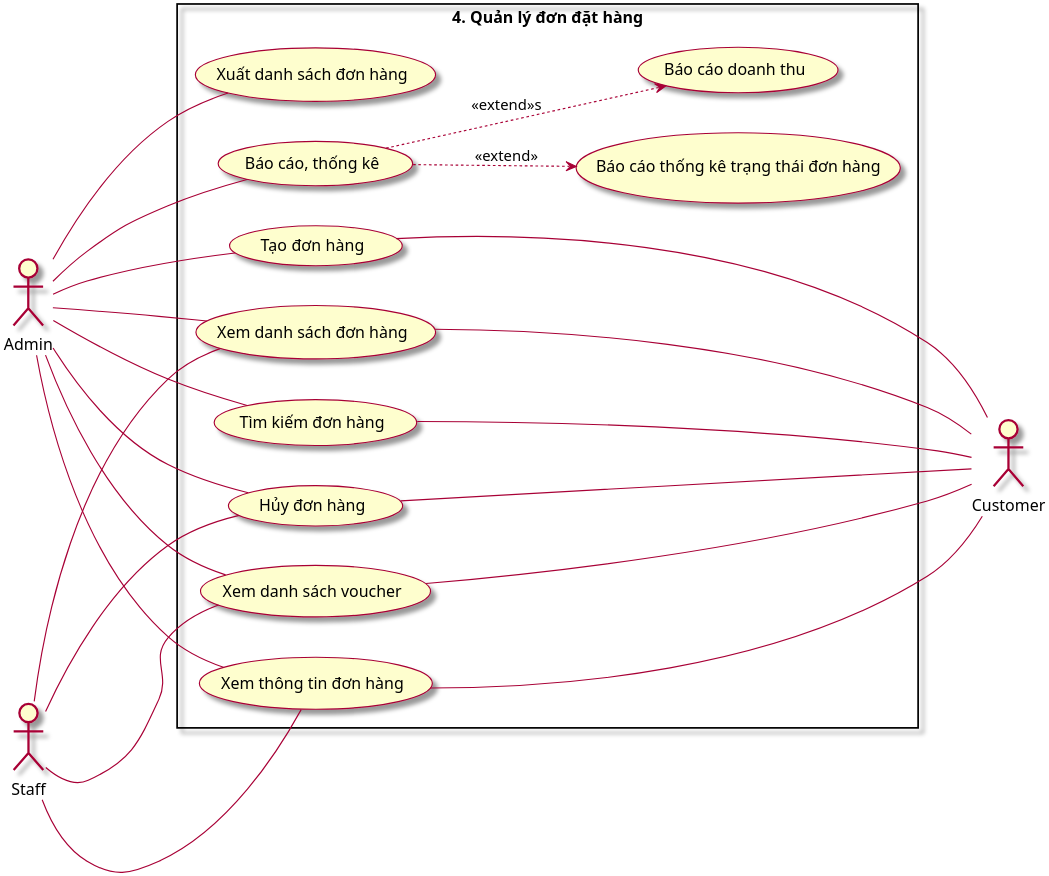
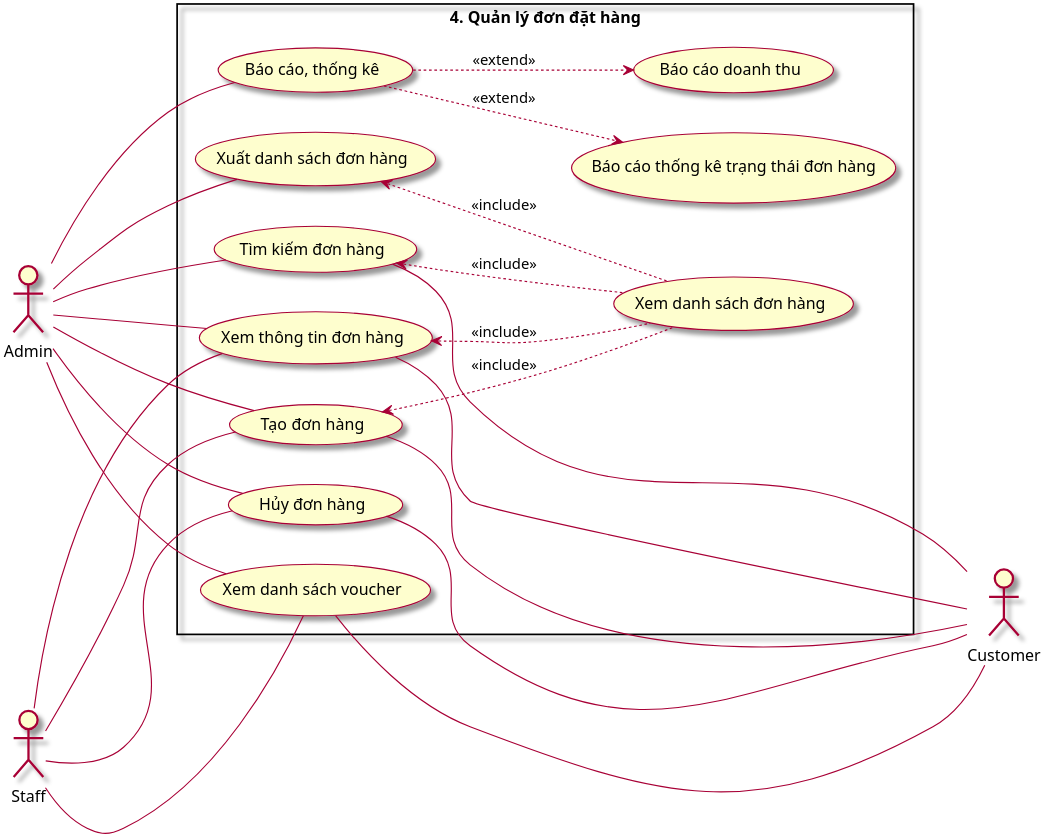
Before and after one commit to Marowota/ecommerce-plantuml: the diagram in Usecase/4. ManageOrder.puml, drawn with PlantUML. The commit also changed 7 other files, not shown here.

```diff
--- a/Usecase/4. ManageOrder.puml
+++ b/Usecase/4. ManageOrder.puml
@@ -1,49 +1,51 @@
 @startuml ManageOrder
 
 left to right direction
 scale 3
 skin rose
 
 actor Admin as admin
 actor Customer as customer
 actor Staff as staff
 
 rectangle "4. Quản lý đơn đặt hàng" {
     usecase (Xem thông tin đơn hàng) as xttdh
     usecase (Xem danh sách đơn hàng) as xdsdh
     usecase (Xem danh sách voucher) as xdsv
     usecase (Xuất danh sách đơn hàng) as xudsdh
     usecase (Tạo đơn hàng) as tdh
     usecase (Hủy đơn hàng) as hdh
     usecase (Tìm kiếm đơn hàng) as tkdh
     usecase (Báo cáo, thống kê) as bctk
     usecase (Báo cáo thống kê trạng thái đơn hàng) as bctkttdh
     usecase (Báo cáo doanh thu) as bcdt
 }
 
 admin --- xttdh
-admin --- xdsdh
 admin --- xdsv
 admin --- xudsdh    
 admin --- tdh
 admin --- hdh
 admin --- tkdh
 admin --- bctk
 
 xttdh --- customer
-xdsdh --- customer
 xdsv --- customer
 tdh --- customer
 hdh --- customer
 tkdh --- customer
 
+staff --- tdh
 staff --- xttdh
-staff --- xdsdh
 staff --- xdsv
 staff --- hdh
 
 bctk ..> bctkttdh: <<extend>>
-bctk ..> bcdt: <<extend>>s
+bctk ..> bcdt: <<extend>>
+xudsdh <.. xdsdh : <<include>>
+tkdh <.. xdsdh : <<include>>
+tdh <.. xdsdh : <<include>>
+xttdh <.. xdsdh : <<include>>
 
 
 @enduml
```
